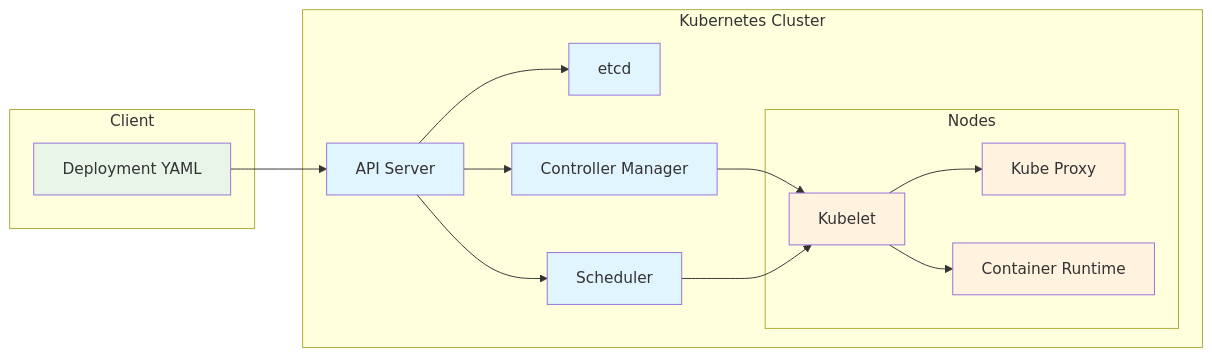
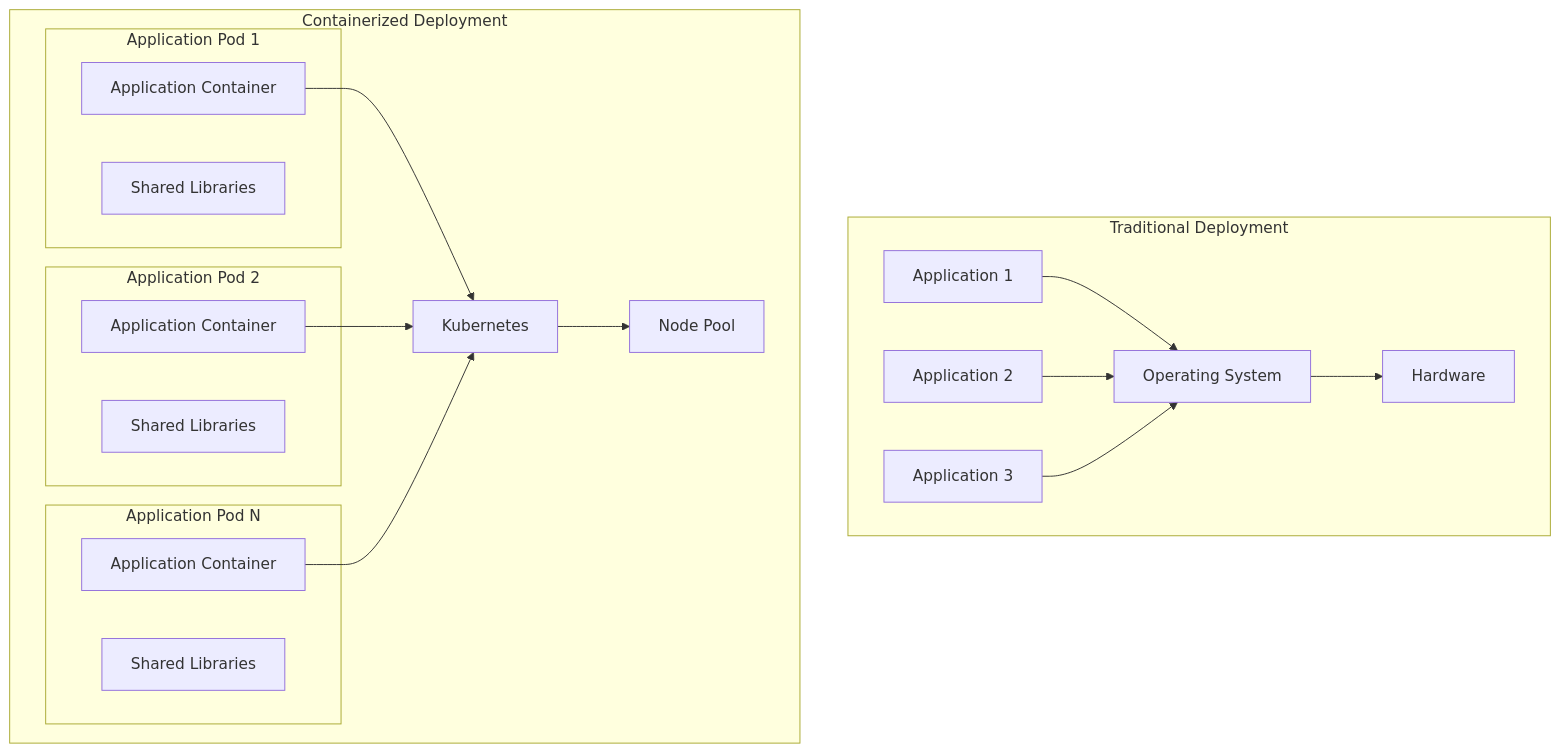
Before and after one commit to anurag925/tecblo: the first of 2 diagrams in content/posts/system-design/system-design-container-orchestration-kubernetes.md, drawn with Mermaid. The commit also changed other lines of this file and 6 other files, not shown here.

First line of the commit message:
Refactor blog and roadmap components for improved layout and content structure

````diff
--- a/content/posts/system-design/system-design-container-orchestration-kubernetes.md
+++ b/content/posts/system-design/system-design-container-orchestration-kubernetes.md
@@ -24,37 +44,37 @@
 ```mermaid
-graph LR
-    subgraph "Client"
-        A[Deployment YAML]
+graph TB
+    subgraph "Traditional Deployment"
+        A[Application 1]
+        B[Application 2]
+        C[Application 3]
+        OS[Operating System]
+        Hardware[Hardware]
+        
+        A --> OS
+        B --> OS
+        C --> OS
+        OS --> Hardware
     end
     
-    subgraph "Kubernetes Cluster"
-        B[API Server]
-        C[etcd]
-        D[Controller Manager]
-        E[Scheduler]
+    subgraph "Containerized Deployment"
+        subgraph "Application Pod 1"
+            App1[Application Container]
+            Lib1[Shared Libraries]
+        end
+        subgraph "Application Pod 2"
+            App2[Application Container]
+            Lib2[Shared Libraries]
+        end
+        subgraph "Application Pod N"
+            AppN[Application Container]
+            LibN[Shared Libraries]
+        end
+        Kube[Kubernetes]
+        Nodes[Node Pool]
         
-        subgraph "Nodes"
-            F[Kubelet]
-            G[Kube Proxy]
-            H[Container Runtime]
-        end
+        App1 --> Kube
+        App2 --> Kube
+        AppN --> Kube
+        Kube --> Nodes
     end
-    
-    A --> B
-    B --> C
-    B --> D
-    B --> E
-    D --> F
-    E --> F
-    F --> G
-    F --> H
-    
-    style A fill:#e8f5e8
-    style B fill:#e1f5fe
-    style C fill:#e1f5fe
-    style D fill:#e1f5fe
-    style E fill:#e1f5fe
-    style F fill:#fff3e0
-    style G fill:#fff3e0
-    style H fill:#fff3e0
 ```
````
